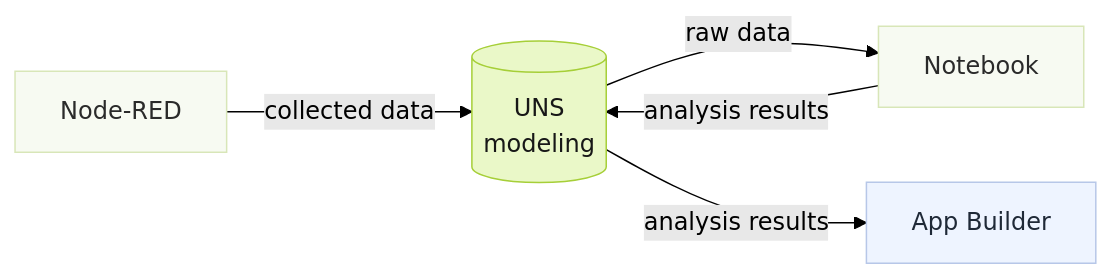
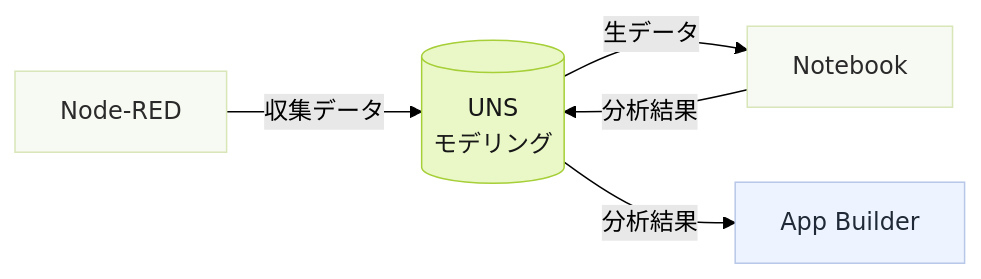
The diagram in src/content/docs/ja/best-practice/analytics-apps.mdx (FREEZONEX/Tier0-docs-site), drawn with Mermaid (forest theme) before and after one commit. The commit also changed other lines of this file and 12 other files, not shown here.

Commit message:
Localize non-English diagram and analytics text

````diff
--- a/src/content/docs/ja/best-practice/analytics-apps.mdx
+++ b/src/content/docs/ja/best-practice/analytics-apps.mdx
@@ -12,14 +12,14 @@
 ```mermaid
 flowchart LR
-  collect["Node-RED"] -->|"collected data"| uns[("UNS<br/>modeling")]
-  uns -->|"raw data"| notebook["Notebook"]
-  notebook -->|"analysis results"| uns
-  uns -->|"analysis results"| builder["App Builder"]
+  collect["Node-RED"] -->|"収集データ"| uns[("UNS<br/>モデリング")]
+  uns -->|"生データ"| notebook["Notebook"]
+  notebook -->|"分析結果"| uns
+  uns -->|"分析結果"| builder["App Builder"]
 
   classDef t0accent fill:#EAF8C8,stroke:#A6CF38,stroke-width:1px,color:#171717
   classDef t0soft fill:#F7FAF2,stroke:#D8E6B8,stroke-width:1px,color:#2A2A2A
   classDef t0agent fill:#EEF4FF,stroke:#B7C7E8,stroke-width:1px,color:#1F2937
   class uns t0accent
   class collect,notebook t0soft
   class builder t0agent
 ```
````
